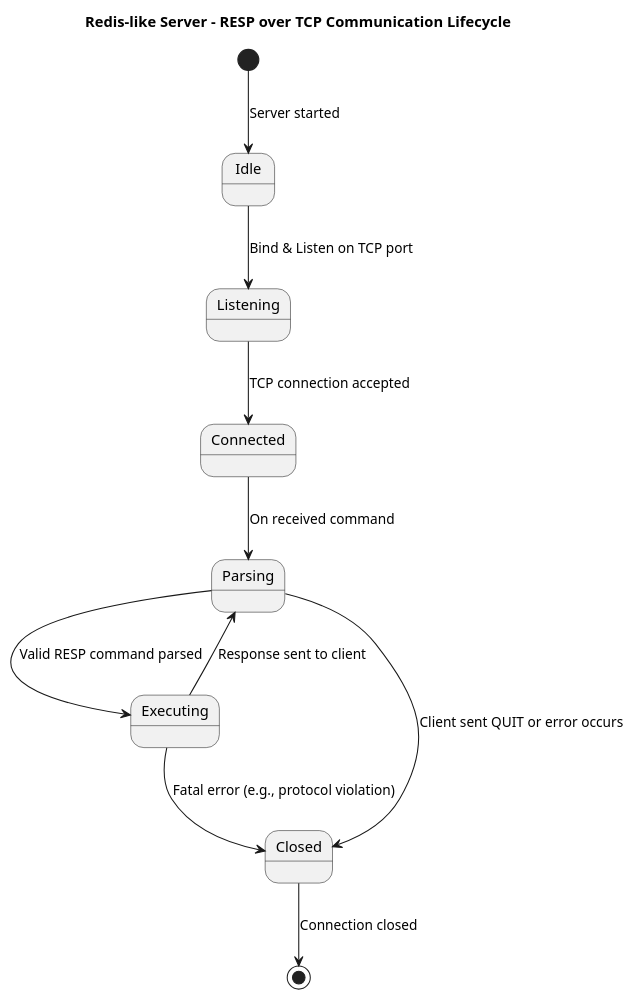
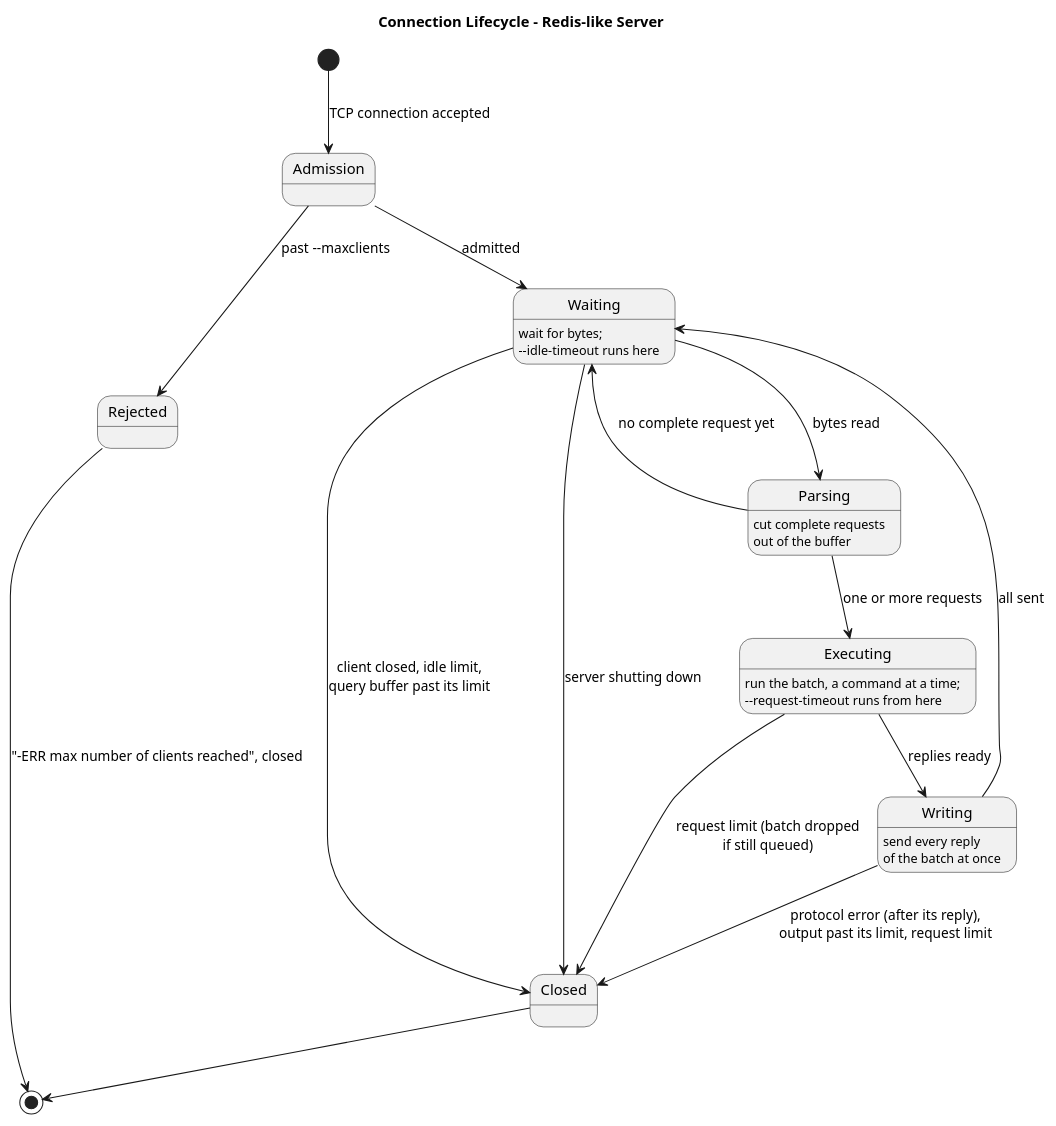
The diagram in docs/analysis/diagrams/state_connection_lifecycle.puml (sleepyviper1213/redis), drawn with PlantUML before and after one commit. The commit also changed 14 other files, not shown here.

Commit message:
[docs] spec: SRS revision 4, diagrams matching the code

```diff
--- a/docs/analysis/diagrams/state_connection_lifecycle.puml
+++ b/docs/analysis/diagrams/state_connection_lifecycle.puml
@@ -1,22 +1,29 @@
 @startuml
-title Redis-like Server - RESP over TCP Communication Lifecycle
+title Connection Lifecycle - Redis-like Server
 
-[*] --> Idle : Server started
+[*] --> Admission : TCP connection accepted
 
-Idle --> Listening : Bind & Listen on TCP port
+Admission --> Rejected : past --maxclients
+Rejected --> [*] : "-ERR max number of clients reached", closed
 
-Listening --> Connected : TCP connection accepted
+Admission --> Waiting : admitted
 
-Connected --> Parsing : On received command
+state Waiting : wait for bytes;\n--idle-timeout runs here
+state Parsing : cut complete requests\nout of the buffer
+state Executing : run the batch, a command at a time;\n--request-timeout runs from here
+state Writing : send every reply\nof the batch at once
 
+Waiting --> Parsing : bytes read
+Parsing --> Waiting : no complete request yet
+Parsing --> Executing : one or more requests
+Executing --> Writing : replies ready
+Writing --> Waiting : all sent
 
-Parsing --> Executing : Valid RESP command parsed
+Waiting --> Closed : client closed, idle limit,\nquery buffer past its limit
+Executing --> Closed : request limit (batch dropped\nif still queued)
+Writing --> Closed : protocol error (after its reply),\noutput past its limit, request limit
+Waiting --> Closed : server shutting down
 
-Executing --> Parsing : Response sent to client
-Executing --> Closed : Fatal error (e.g., protocol violation)
-
-Parsing --> Closed : Client sent QUIT or error occurs
-
-Closed --> [*] : Connection closed
+Closed --> [*]
 
 @enduml
```
